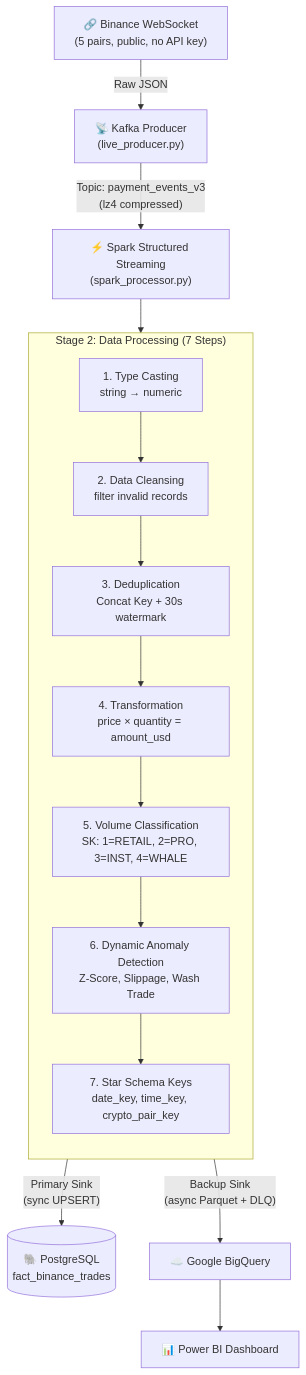
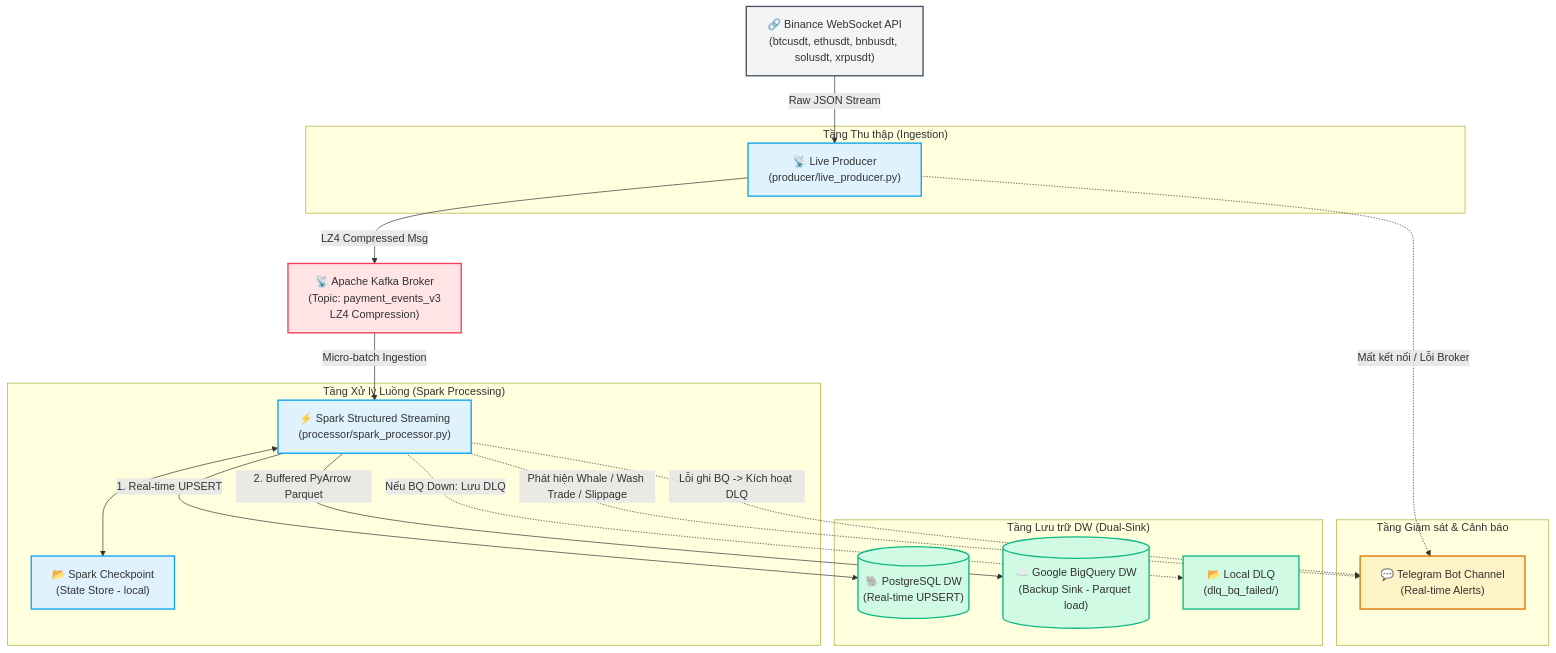
The first of 3 diagrams in README.md (ToMoiChoi/RealTime-Crypto-Trade-Analysis), drawn with Mermaid before and after one commit. The commit also changed other lines of this file and 4 other files, not shown here.

Commit message:
docs & feat: Redesign README, add Telegram Alerting for Producer and Processor, add get_telegram_chat_id helper (secure)

````diff
--- a/README.md
+++ b/README.md
@@ -37,21 +34,47 @@
 ```mermaid
 graph TD
-    A["🔗 Binance WebSocket<br/>(5 pairs, public, no API key)"] -->|Raw JSON| B["📡 Kafka Producer<br/>(live_producer.py)"]
-    B -->|"Topic: payment_events_v3<br/>(lz4 compressed)"| C["⚡ Spark Structured Streaming<br/>(spark_processor.py)"]
+    classDef external fill:#F3F4F6,stroke:#4B5563,stroke-width:2px;
+    classDef broker fill:#FFE4E6,stroke:#F43F5E,stroke-width:2px;
+    classDef processing fill:#E0F2FE,stroke:#0EA5E9,stroke-width:2px;
+    classDef storage fill:#D1FAE5,stroke:#10B981,stroke-width:2px;
+    classDef alert fill:#FEF3C7,stroke:#D97706,stroke-width:2px;
 
-    subgraph SPARK ["Stage 2: Data Processing (7 Steps)"]
-        direction TB
-        S1["1. Type Casting<br/>string → numeric"] --> S2["2. Data Cleansing<br/>filter invalid records"]
-        S2 --> S3["3. Deduplication<br/>Concat Key + 30s watermark"]
-        S3 --> S4["4. Transformation<br/>price × quantity = amount_usd"]
-        S4 --> S5["5. Volume Classification<br/>SK: 1=RETAIL, 2=PRO, 3=INST, 4=WHALE"]
-        S5 --> S6["6. Dynamic Anomaly Detection<br/>Z-Score, Slippage, Wash Trade"]
-        S6 --> S7["7. Star Schema Keys<br/>date_key, time_key, crypto_pair_key"]
+    %% Nodes
+    BinanceWS["🔗 Binance WebSocket API<br/>(btcusdt, ethusdt, bnbusdt, solusdt, xrpusdt)"]:::external
+    
+    subgraph Ingestion ["Tầng Thu thập (Ingestion)"]
+        Producer["📡 Live Producer<br/>(producer/live_producer.py)"]:::processing
     end
 
-    C --> SPARK
+    Kafka["📡 Apache Kafka Broker<br/>(Topic: payment_events_v3<br/>LZ4 Compression)"]:::broker
 
-    SPARK -->|"Primary Sink<br/>(sync UPSERT)"| E[("🐘 PostgreSQL<br/>fact_binance_trades")]
-    SPARK -->|"Backup Sink<br/>(async Parquet + DLQ)"| F["☁️ Google BigQuery"]
-    F --> G["📊 Power BI Dashboard"]
+    subgraph Streaming ["Tầng Xử lý Luồng (Spark Processing)"]
+        SparkEngine["⚡ Spark Structured Streaming<br/>(processor/spark_processor.py)"]:::processing
+        Checkpoint["📂 Spark Checkpoint<br/>(State Store - local)"]:::processing
+    end
+
+    subgraph Storage ["Tầng Lưu trữ DW (Dual-Sink)"]
+        Postgres[("🐘 PostgreSQL DW<br/>(Real-time UPSERT)")]:::storage
+        BQ[("☁️ Google BigQuery DW<br/>(Backup Sink - Parquet load)")]:::storage
+        DLQ["📂 Local DLQ<br/>(dlq_bq_failed/)"]:::storage
+    end
+
+    subgraph Monitoring ["Tầng Giám sát & Cảnh báo"]
+        Telegram["💬 Telegram Bot Channel<br/>(Real-time Alerts)"]:::alert
+    end
+
+    %% Flows
+    BinanceWS -->|Raw JSON Stream| Producer
+    Producer -->|LZ4 Compressed Msg| Kafka
+    Kafka -->|Micro-batch Ingestion| SparkEngine
+    SparkEngine <--> Checkpoint
+    
+    SparkEngine -->|1. Real-time UPSERT| Postgres
+    SparkEngine -->|2. Buffered PyArrow Parquet| BQ
+    SparkEngine -.->|Nếu BQ Down: Lưu DLQ| DLQ
+    
+    %% Alerts
+    Producer -.->|Mất kết nối / Lỗi Broker| Telegram
+    SparkEngine -.->|Phát hiện Whale / Wash Trade / Slippage| Telegram
+    SparkEngine -.->|Lỗi ghi BQ -> Kích hoạt DLQ| Telegram
 ```
````
